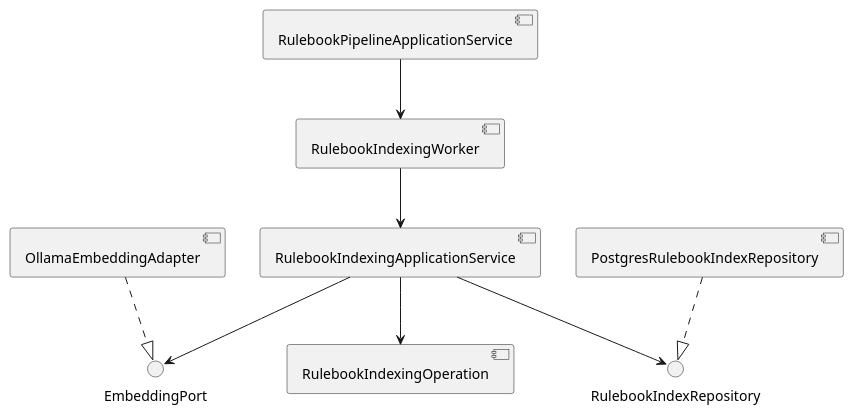
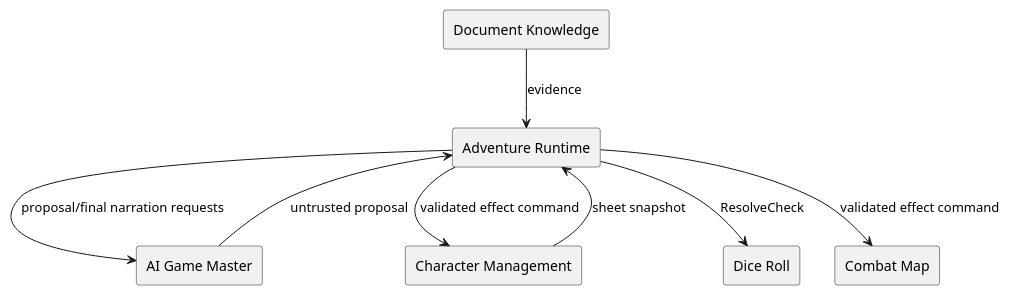
The second of 3 diagrams in docs/specs/architecture-spec.md (omegafrog/dnd-master), drawn with PlantUML before and after one commit. The commit also changed other lines of this file and 7 other files, not shown here.

````diff
--- a/docs/specs/architecture-spec.md
+++ b/docs/specs/architecture-spec.md
@@ -128,20 +126,17 @@
 ```plantuml
 @startuml
-component "RulebookPipelineApplicationService" as pipeline
-component "RulebookIndexingWorker" as worker
-component "RulebookIndexingApplicationService" as app
-component "RulebookIndexingOperation" as domain
-interface "EmbeddingPort" as embed
-interface "RulebookIndexRepository" as repo
-component "OllamaEmbeddingAdapter" as ollama
-component "PostgresRulebookIndexRepository" as postgres
-
-pipeline --> worker
-worker --> app
-app --> domain
-app --> embed
-app --> repo
-ollama ..|> embed
-postgres ..|> repo
+rectangle "Document Knowledge" as knowledge
+rectangle "AI Game Master" as gm
+rectangle "Dice Roll" as dice
+rectangle "Character Management" as character
+rectangle "Combat Map" as map
+rectangle "Adventure Runtime" as runtime
+knowledge --> runtime : evidence
+character --> runtime : sheet snapshot
+runtime --> dice : ResolveCheck
+runtime --> character : validated effect command
+runtime --> map : validated effect command
+runtime --> gm : proposal/final narration requests
+gm --> runtime : untrusted proposal
 @enduml
 ```
````
